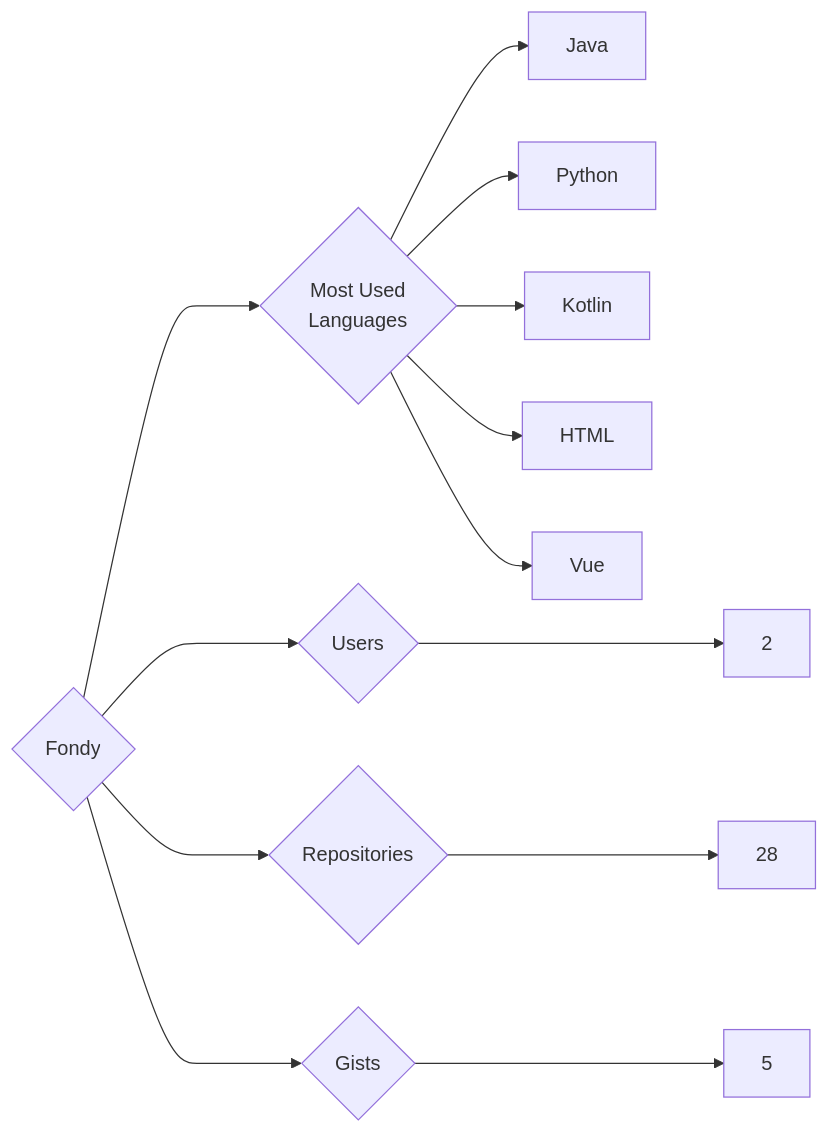
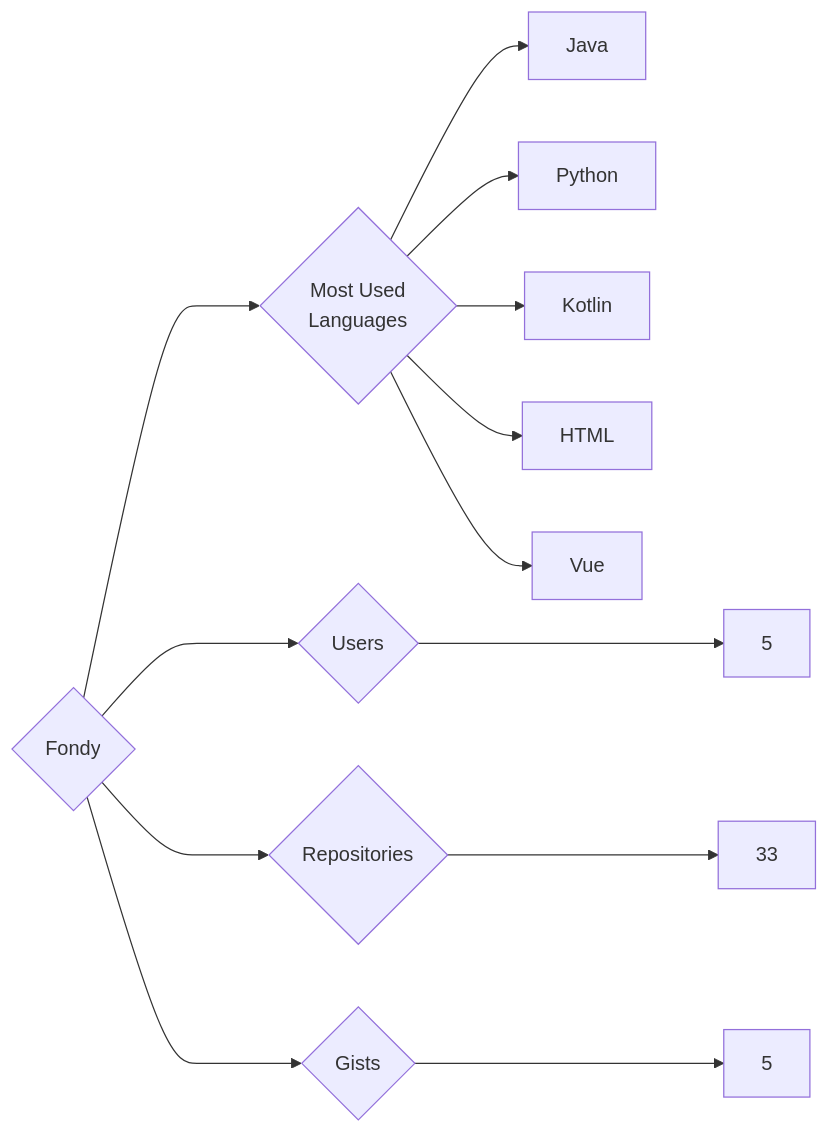
The diagram in targets/Fondy/README.md (trickest/insiders), drawn with Mermaid before and after one commit. The commit also changed 882 other files, not shown here.

````diff
--- a/targets/Fondy/README.md
+++ b/targets/Fondy/README.md
@@ -3,13 +3,13 @@
 ```mermaid
 graph LR
 COMPANY_NAME{Fondy}
-COMPANY_NAME ---> U{Users} ---> UN[2]
-COMPANY_NAME ---> R{Repositories} ---> RN[28]
+COMPANY_NAME ---> U{Users} ---> UN[5]
+COMPANY_NAME ---> R{Repositories} ---> RN[33]
 COMPANY_NAME ---> G{Gists} ---> GN[5]
 COMPANY_NAME ---> ML{Most Used<br>Languages}
 ML --> Java[Java]
 ML --> Python[Python]
 ML --> Kotlin[Kotlin]
 ML --> HTML[HTML]
 ML --> Vue[Vue]
 ```
````
